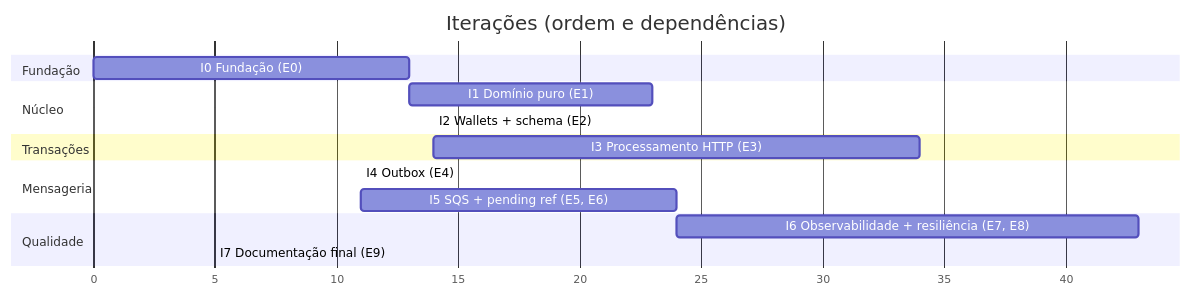
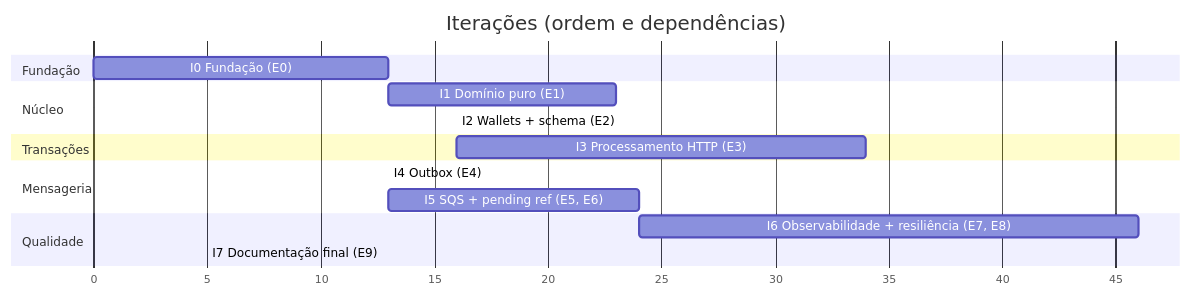
The diagram in docs/02-escopo-agile.md (MacedoSousa/backend-challenge), drawn with Mermaid before and after one commit. The commit also changed other lines of this file and 4 other files, not shown here.

````diff
--- a/docs/02-escopo-agile.md
+++ b/docs/02-escopo-agile.md
@@ -152,19 +155,19 @@
 ```mermaid
 gantt
     dateFormat X
     axisFormat %s
     title Iterações (ordem e dependências)
     section Fundação
     I0 Fundação (E0)                    :i0, 0, 13
     section Núcleo
     I1 Domínio puro (E1)                :i1, after i0, 23
-    I2 Wallets + schema (E2)            :i2, after i1, 14
+    I2 Wallets + schema (E2)            :i2, after i1, 16
     section Transações
     I3 Processamento HTTP (E3)          :i3, after i2, 34
     section Mensageria
-    I4 Outbox (E4)                      :i4, after i3, 11
+    I4 Outbox (E4)                      :i4, after i3, 13
     I5 SQS + pending ref (E5, E6)       :i5, after i4, 24
     section Qualidade
-    I6 Observabilidade + resiliência (E7, E8) :i6, after i5, 43
+    I6 Observabilidade + resiliência (E7, E8) :i6, after i5, 46
     I7 Documentação final (E9)          :i7, after i6, 5
 ```
````
